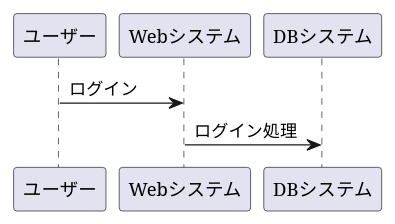
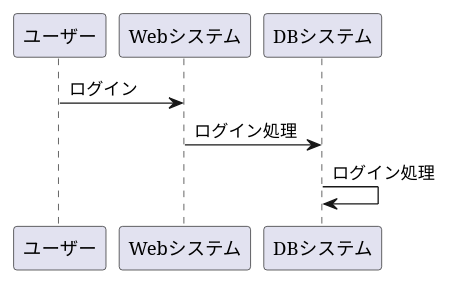
One commit to aso2112233/2021sys-design changed the diagram in flow1.md. Above: the diagram before and after it, drawn with PlantUML.

````diff
--- a/flow1.md
+++ b/flow1.md
@@ -1,6 +1,7 @@
 ```uml
 @startuml
 ユーザー -> Webシステム :ログイン
 Webシステム -> DBシステム :ログイン処理
+DBシステム -> DBシステム :ログイン処理
 @enduml
 ```
````
